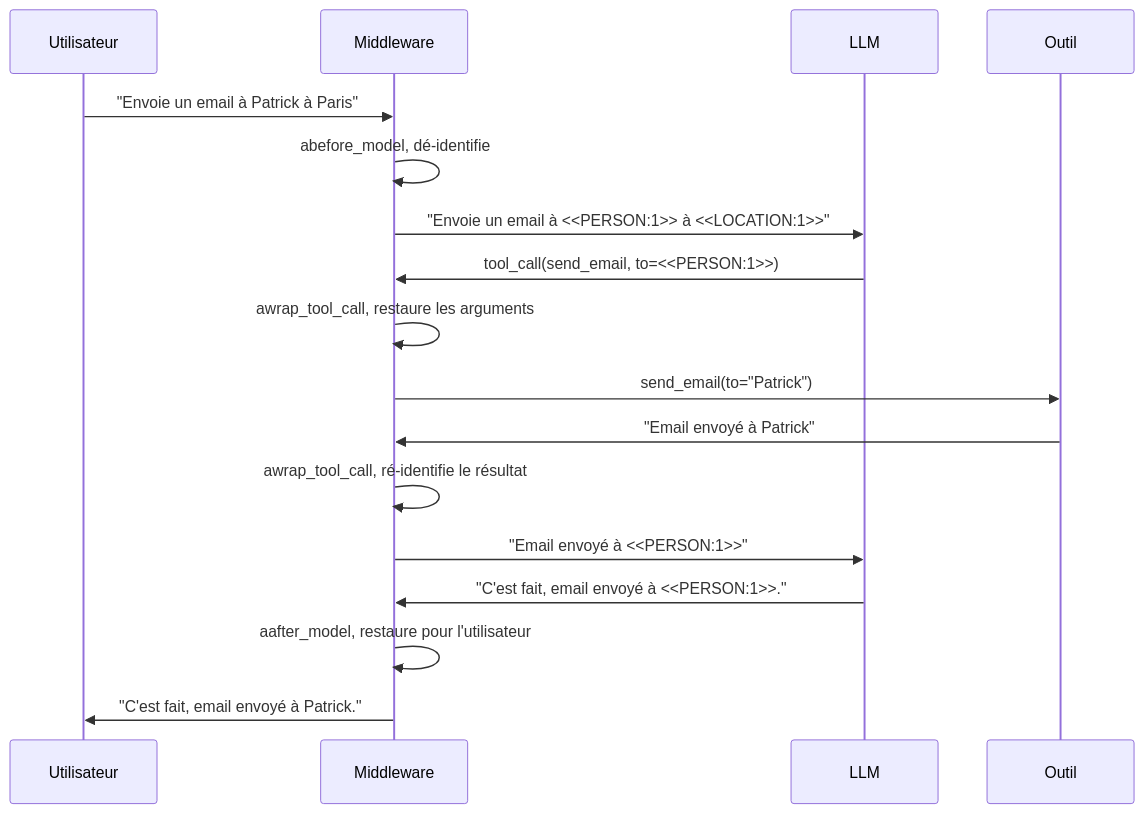
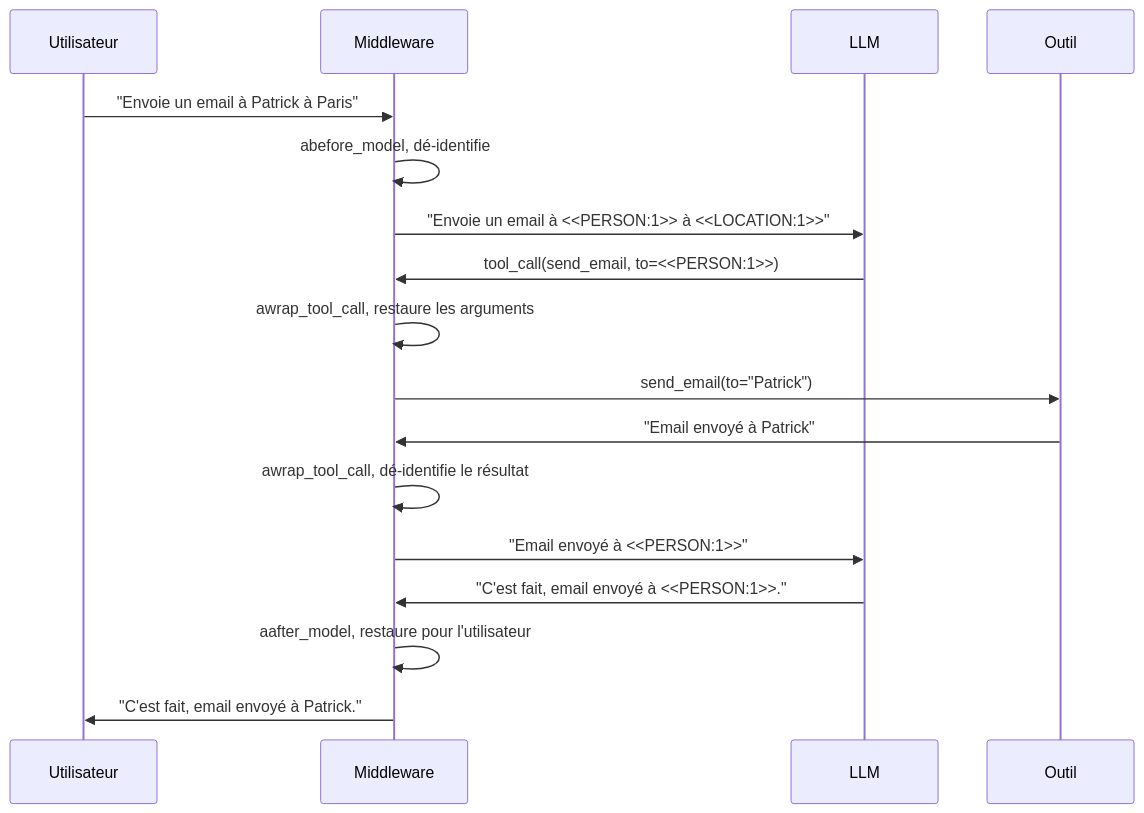
One commit to Athroniaeth/piighost changed the fourth of 4 diagrams in docs/fr/architecture.md. Above: the diagram before and after it, drawn with Mermaid. The commit also changed other lines of this file and 62 other files, not shown here.

````diff
--- a/docs/fr/architecture.md
+++ b/docs/fr/architecture.md
@@ -357,20 +357,20 @@
 ```mermaid
 sequenceDiagram
     participant U as Utilisateur
     participant M as Middleware
     participant L as LLM
     participant T as Outil
 
     U->>M: "Envoie un email à Patrick à Paris"
     M->>M: abefore_model, dé-identifie
     M->>L: "Envoie un email à <<PERSON:1>> à <<LOCATION:1>>"
     L->>M: tool_call(send_email, to=<<PERSON:1>>)
     M->>M: awrap_tool_call, restaure les arguments
     M->>T: send_email(to="Patrick")
     T->>M: "Email envoyé à Patrick"
-    M->>M: awrap_tool_call, ré-identifie le résultat
+    M->>M: awrap_tool_call, dé-identifie le résultat
     M->>L: "Email envoyé à <<PERSON:1>>"
     L->>M: "C'est fait, email envoyé à <<PERSON:1>>."
     M->>M: aafter_model, restaure pour l'utilisateur
     M->>U: "C'est fait, email envoyé à Patrick."
 ```
````
